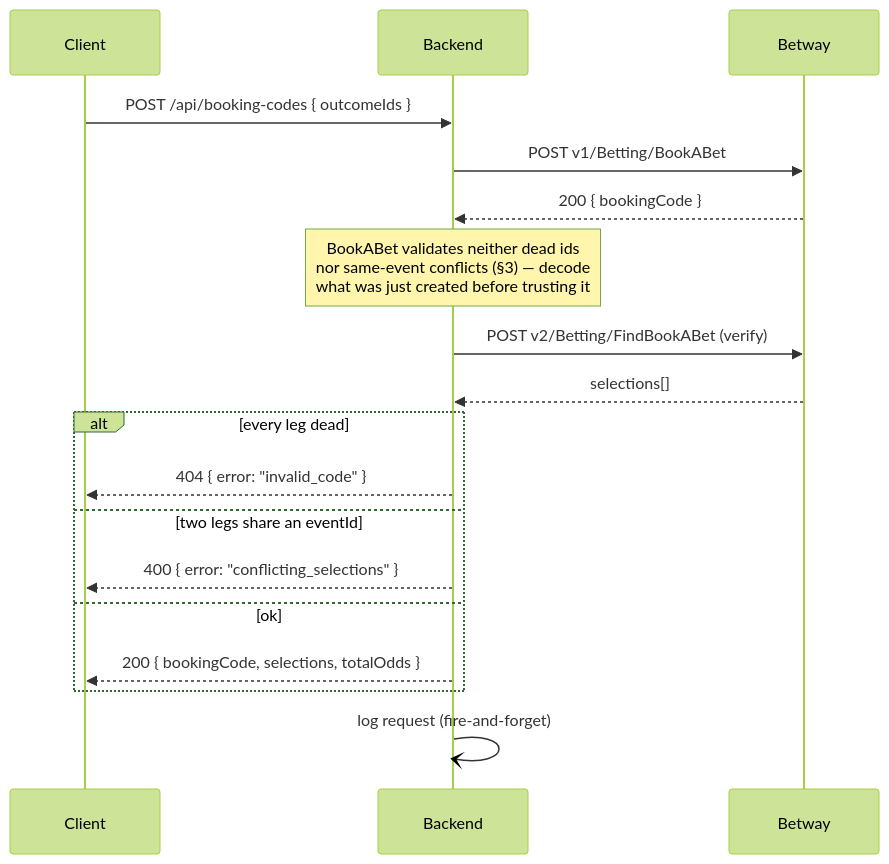
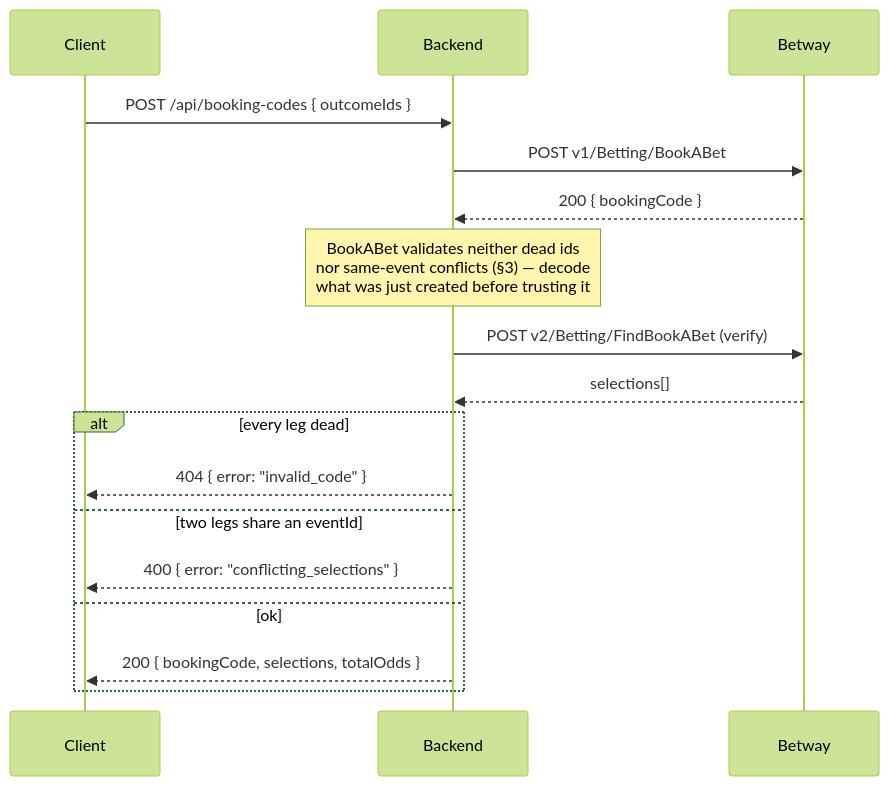
The third of 4 diagrams in docs/architecture.md (Slipcheck-Demo/backend), drawn with Mermaid (forest theme) before and after one commit. The commit also changed other lines of this file and 25 other files, not shown here.

````diff
--- a/docs/architecture.md
+++ b/docs/architecture.md
@@ -64,21 +61,20 @@
 ```mermaid
 sequenceDiagram
     participant C as Client
     participant B as Backend
     participant BW as Betway
 
     C->>B: POST /api/booking-codes { outcomeIds }
     B->>BW: POST v1/Betting/BookABet
     BW-->>B: 200 { bookingCode }
     Note over B: BookABet validates neither dead ids<br/>nor same-event conflicts (§3) — decode<br/>what was just created before trusting it
     B->>BW: POST v2/Betting/FindBookABet (verify)
     BW-->>B: selections[]
     alt every leg dead
         B-->>C: 404 { error: "invalid_code" }
     else two legs share an eventId
         B-->>C: 400 { error: "conflicting_selections" }
     else ok
         B-->>C: 200 { bookingCode, selections, totalOdds }
     end
-    B-)B: log request (fire-and-forget)
 ```
````
